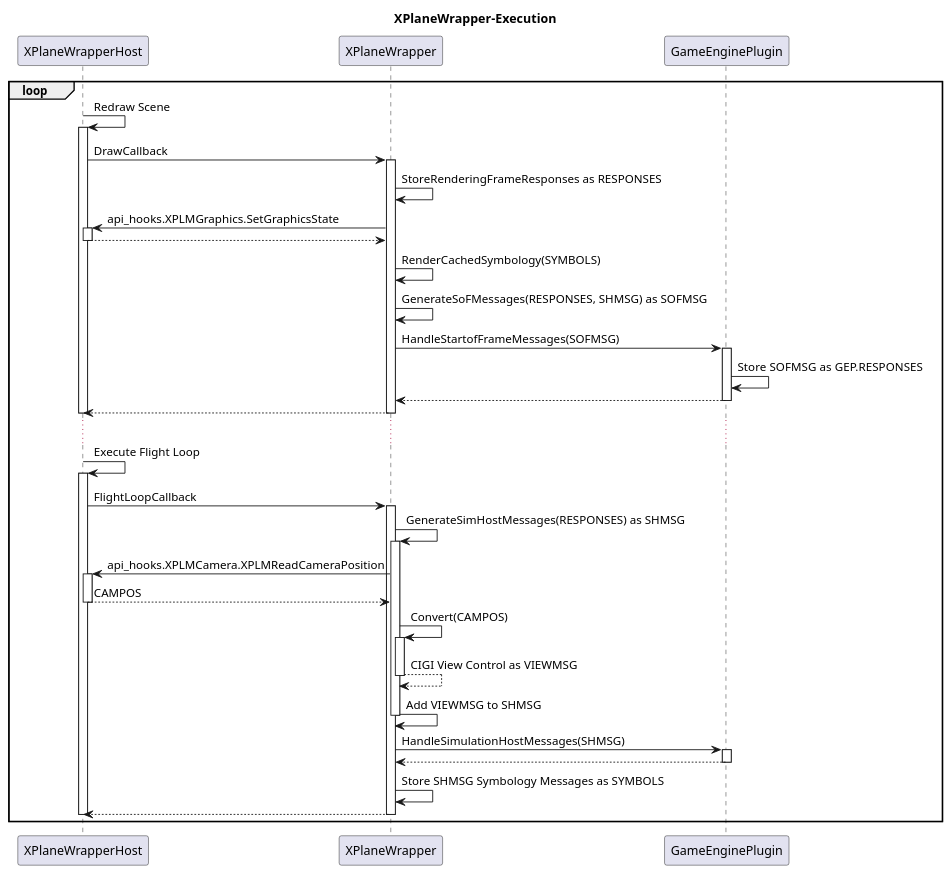
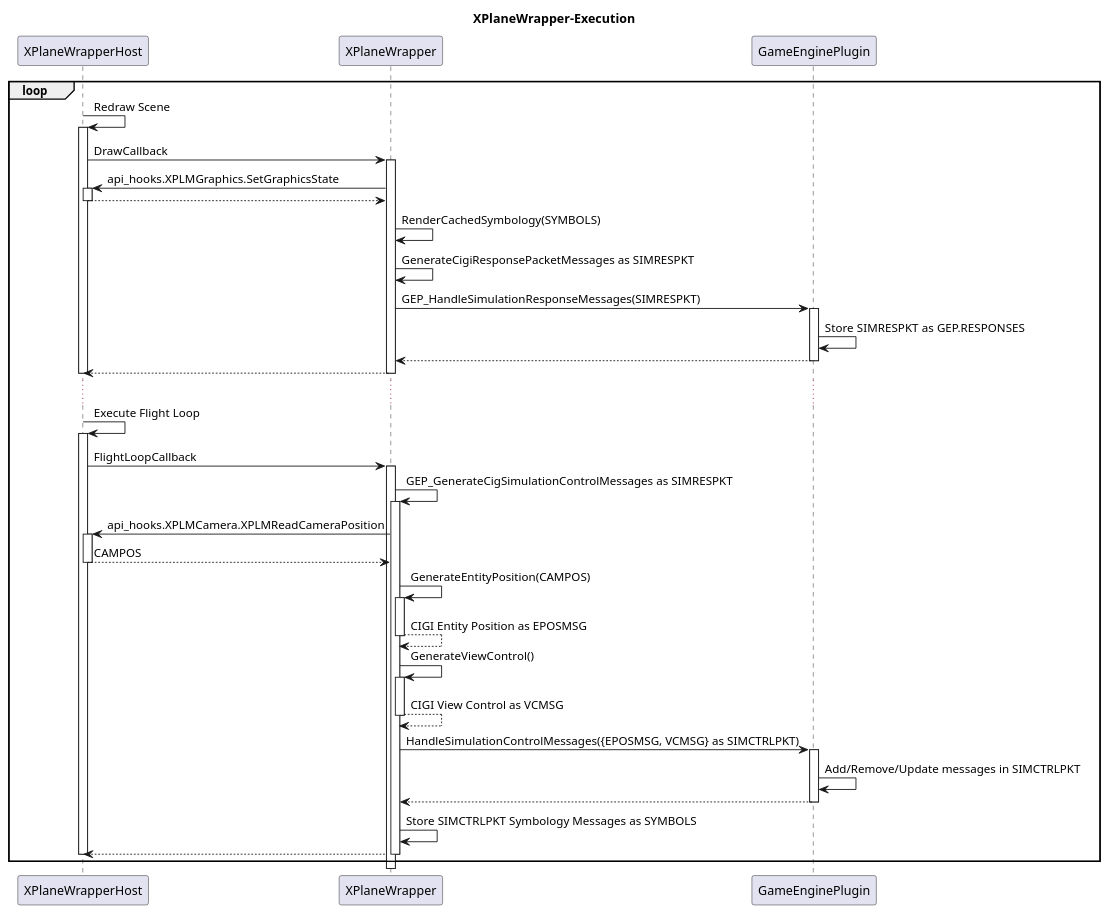
The diagram in GameEnginePlugin/Docs/SourceDiagrams/GameEnginePlugin-XPlaneWrapperExecution-Sequence.plantuml (stevostj/Sandbox), drawn with PlantUML before and after one commit. The commit also changed 8 other files, not shown here.

```diff
--- a/GameEnginePlugin/Docs/SourceDiagrams/GameEnginePlugin-XPlaneWrapperExecution-Sequence.plantuml
+++ b/GameEnginePlugin/Docs/SourceDiagrams/GameEnginePlugin-XPlaneWrapperExecution-Sequence.plantuml
@@ -1,62 +1,64 @@
 @startuml
 
 title "XPlaneWrapper-Execution"
 
 participant "XPlaneWrapperHost" as XPWH
 participant "XPlaneWrapper" as XPW
 participant "GameEnginePlugin" as GEP
 
 loop 
 XPWH -> XPWH: Redraw Scene
 activate XPWH
 
 XPWH -> XPW: DrawCallback
 activate XPW
-XPW -> XPW: StoreRenderingFrameResponses as RESPONSES
 XPW -> XPWH: api_hooks.XPLMGraphics.SetGraphicsState
 activate XPWH
 XPWH --> XPW
 deactivate XPWH
 XPW -> XPW: RenderCachedSymbology(SYMBOLS)
-XPW -> XPW: GenerateSoFMessages(RESPONSES, SHMSG) as SOFMSG
-XPW -> GEP: HandleStartofFrameMessages(SOFMSG)
+XPW -> XPW: GenerateCigiResponsePacketMessages as SIMRESPKT
+XPW -> GEP: GEP_HandleSimulationResponseMessages(SIMRESPKT)
 activate GEP
-GEP -> GEP: Store SOFMSG as GEP.RESPONSES
+GEP -> GEP: Store SIMRESPKT as GEP.RESPONSES
 GEP --> XPW
 deactivate GEP
 XPW --> XPWH
 deactivate XPW
 deactivate XPWH
 
 ...
 
 XPWH -> XPWH: Execute Flight Loop
 activate XPWH
 
 XPWH -> XPW: FlightLoopCallback
 activate XPW
-XPW -> XPW: GenerateSimHostMessages(RESPONSES) as SHMSG
+XPW -> XPW: GEP_GenerateCigSimulationControlMessages as SIMRESPKT
 activate XPW
 XPW -> XPWH: api_hooks.XPLMCamera.XPLMReadCameraPosition
 activate XPWH
 XPWH --> XPW: CAMPOS
 deactivate XPWH
-XPW -> XPW: Convert(CAMPOS)
+XPW -> XPW: GenerateEntityPosition(CAMPOS)
 activate XPW
-XPW --> XPW: CIGI View Control as VIEWMSG
+XPW --> XPW: CIGI Entity Position as EPOSMSG
 deactivate XPW
-XPW -> XPW: Add VIEWMSG to SHMSG
+XPW -> XPW: GenerateViewControl()
+activate XPW
+XPW --> XPW: CIGI View Control as VCMSG
 deactivate XPW
 
-XPW -> GEP: HandleSimulationHostMessages(SHMSG)
+XPW -> GEP: HandleSimulationControlMessages({EPOSMSG, VCMSG} as SIMCTRLPKT)
 activate GEP
+GEP -> GEP: Add/Remove/Update messages in SIMCTRLPKT
 GEP --> XPW
 deactivate GEP
-XPW -> XPW: Store SHMSG Symbology Messages as SYMBOLS
+XPW -> XPW: Store SIMCTRLPKT Symbology Messages as SYMBOLS
 XPW --> XPWH
 deactivate XPW
 deactivate XPWH
 
 end
 
 @enduml
```
